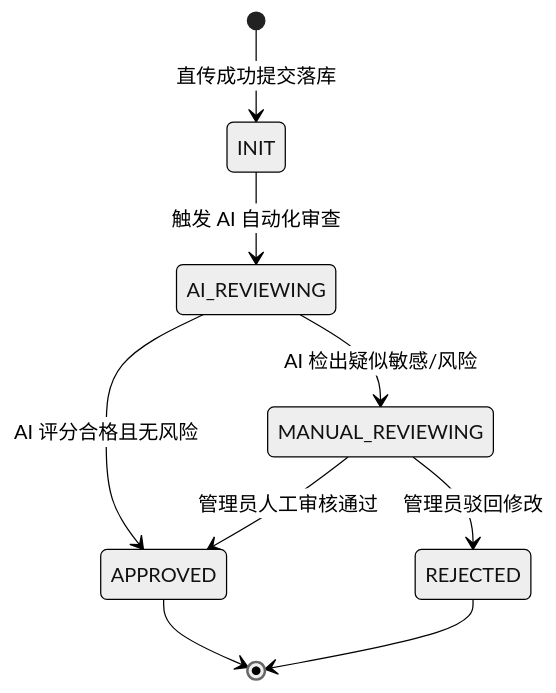
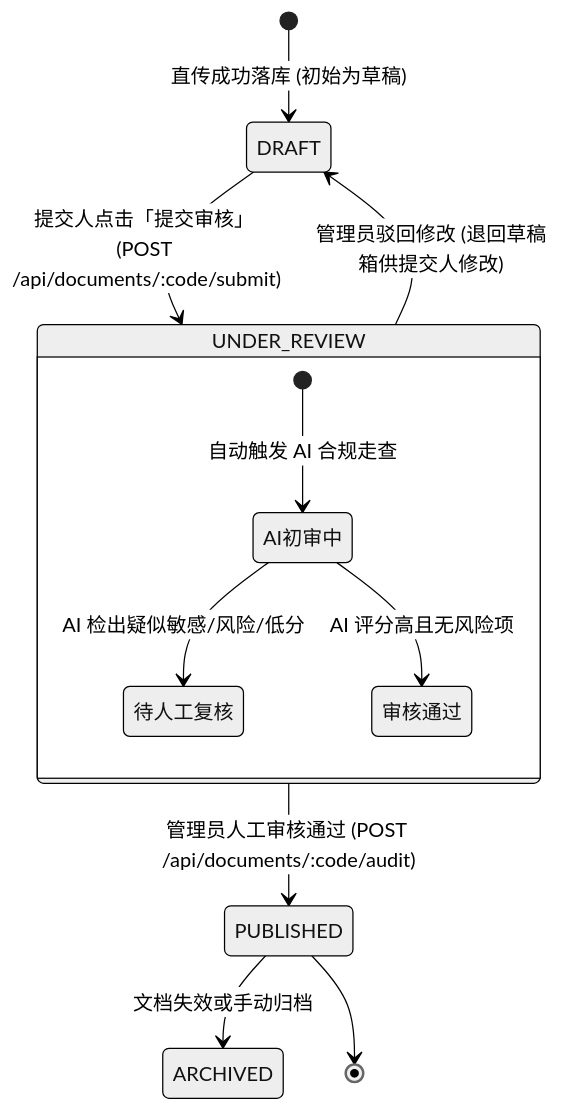
The second of 2 diagrams in docs/PRD_DOCUMENT_MODULE.md (wllcyg/my-ai-reviewer), drawn with Mermaid (neutral theme) before and after one commit. The commit also changed other lines of this file and 18 other files, not shown here.

````diff
--- a/docs/PRD_DOCUMENT_MODULE.md
+++ b/docs/PRD_DOCUMENT_MODULE.md
@@ -77,11 +78,16 @@
 ```mermaid
 stateDiagram-v2
-    [*] --> INIT: 直传成功提交落库
-    INIT --> AI_REVIEWING: 触发 AI 自动化审查
-    AI_REVIEWING --> APPROVED: AI 评分合格且无风险
-    AI_REVIEWING --> MANUAL_REVIEWING: AI 检出疑似敏感/风险
-    MANUAL_REVIEWING --> APPROVED: 管理员人工审核通过
-    MANUAL_REVIEWING --> REJECTED: 管理员驳回修改
-    REJECTED --> [*]
-    APPROVED --> [*]
+    [*] --> DRAFT: 直传成功落库 (初始为草稿)
+    DRAFT --> UNDER_REVIEW: 提交人点击「提交审核」 (POST /api/documents/:code/submit)
+    
+    state UNDER_REVIEW {
+        [*] --> AI初审中: 自动触发 AI 合规走查
+        AI初审中 --> 待人工复核: AI 检出疑似敏感/风险/低分
+        AI初审中 --> 审核通过: AI 评分高且无风险项
+    }
+    
+    UNDER_REVIEW --> PUBLISHED: 管理员人工审核通过 (POST /api/documents/:code/audit)
+    UNDER_REVIEW --> DRAFT: 管理员驳回修改 (退回草稿箱供提交人修改)
+    PUBLISHED --> ARCHIVED: 文档失效或手动归档
+    PUBLISHED --> [*]
 ```
````
